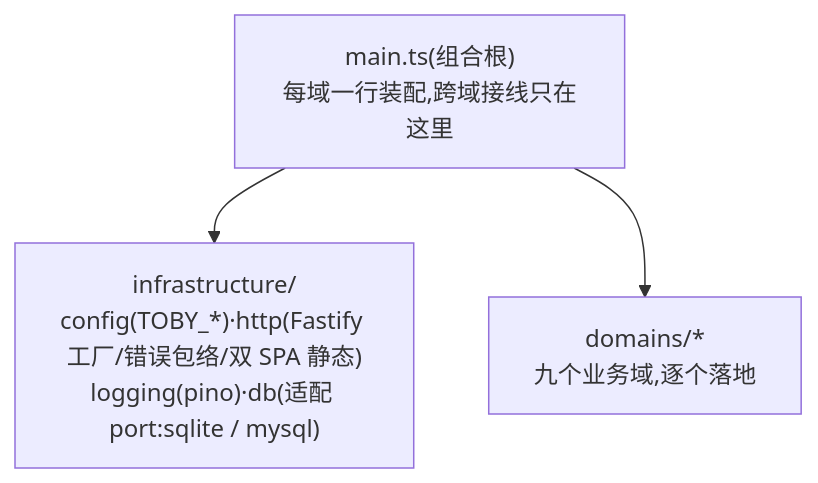
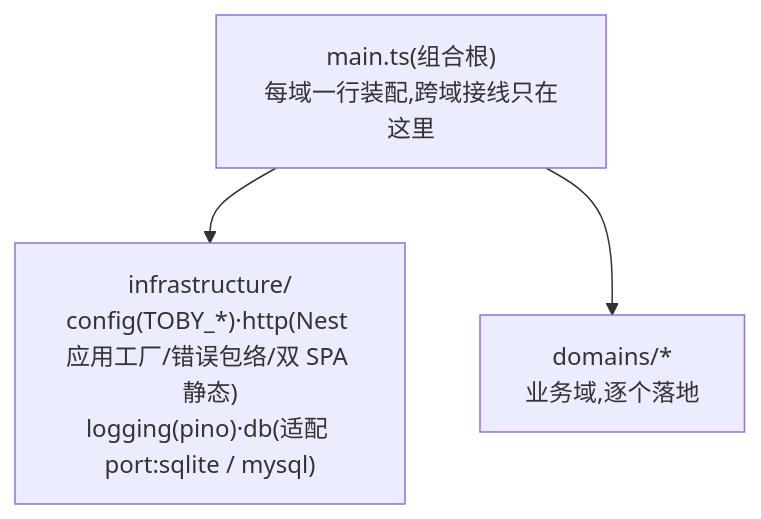
One commit to dengyusys/toby changed the third of 3 diagrams in docs/system-overview.zh.md. Above: the diagram before and after it, drawn with Mermaid. The commit also changed other lines of this file and 39 other files, not shown here.

````diff
--- a/docs/system-overview.zh.md
+++ b/docs/system-overview.zh.md
@@ -127,8 +114,8 @@
 ```mermaid
 flowchart TB
     BOOT["main.ts(组合根)<br/>每域一行装配,跨域接线只在这里"]
-    INFRA["infrastructure/<br/>config(TOBY_*)·http(Fastify 工厂/错误包络/双 SPA 静态)<br/>logging(pino)·db(适配 port:sqlite / mysql)"]
-    DOM["domains/*<br/>九个业务域,逐个落地"]
+    INFRA["infrastructure/<br/>config(TOBY_*)·http(Nest 应用工厂/错误包络/双 SPA 静态)<br/>logging(pino)·db(适配 port:sqlite / mysql)"]
+    DOM["domains/*<br/>业务域,逐个落地"]
     BOOT --> INFRA
     BOOT --> DOM
 ```
````
